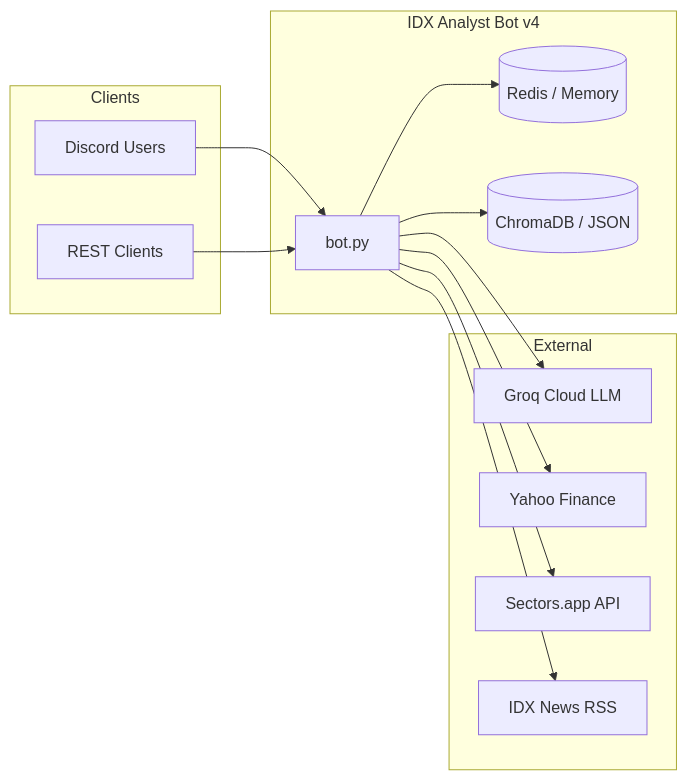
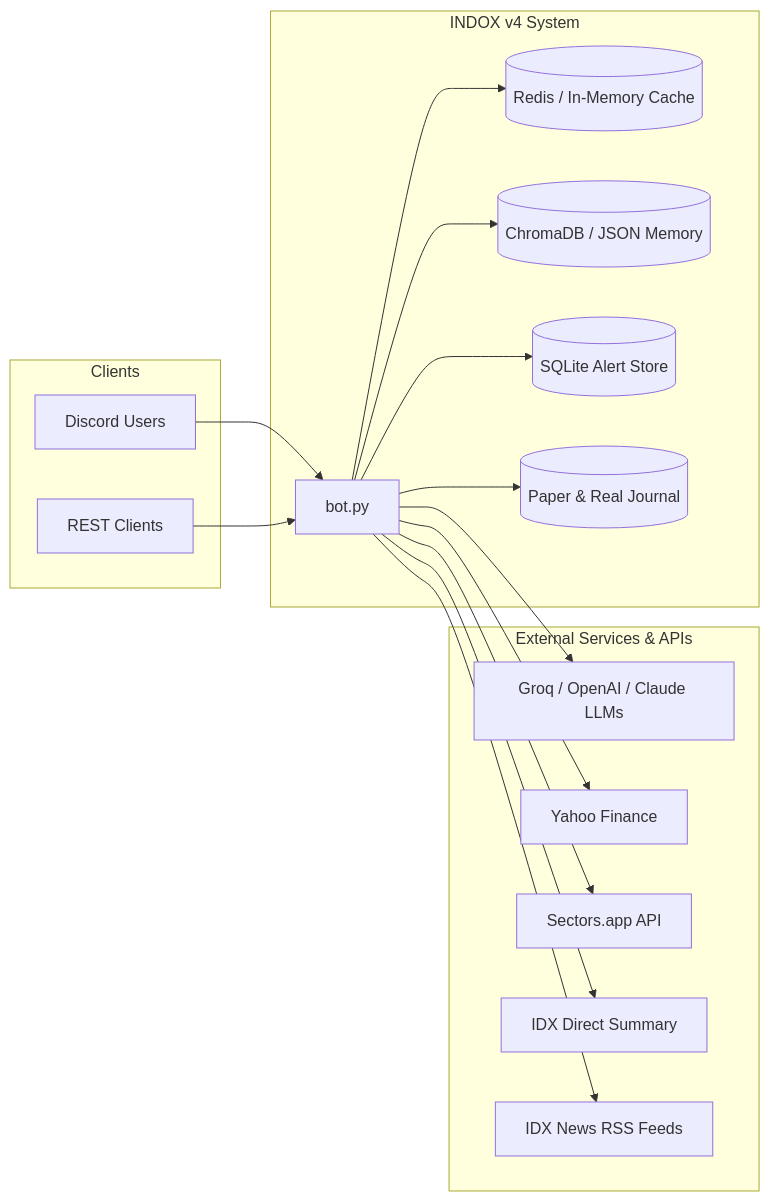
Before and after one commit to ahmadkhairan/INDOX: the diagram in README.md, drawn with Mermaid. The commit also changed other lines of this file and 15 other files, not shown here.

````diff
--- a/README.md
+++ b/README.md
@@ -66,29 +71,35 @@
 ```mermaid
 flowchart LR
     subgraph Clients
         Discord[Discord Users]
         APIClient[REST Clients]
     end
 
-    subgraph INDOX["IDX Analyst Bot v4"]
+    subgraph INDOX["INDOX v4 System"]
         Bot[bot.py]
-        Cache[(Redis / Memory)]
-        VecMem[(ChromaDB / JSON)]
+        Cache[(Redis / In-Memory Cache)]
+        VecMem[(ChromaDB / JSON Memory)]
+        AlertDB[(SQLite Alert Store)]
+        Journal[(Paper & Real Journal)]
     end
 
-    subgraph External
-        Groq[Groq Cloud LLM]
+    subgraph External["External Services & APIs"]
+        Groq[Groq / OpenAI / Claude LLMs]
         YF[Yahoo Finance]
         Sectors[Sectors.app API]
-        RSS[IDX News RSS]
+        IDXAPI[IDX Direct Summary]
+        RSS[IDX News RSS Feeds]
     end
 
     Discord --> Bot
     APIClient --> Bot
     Bot --> Groq
     Bot --> YF
     Bot --> Sectors
+    Bot --> IDXAPI
     Bot --> RSS
     Bot --> Cache
     Bot --> VecMem
+    Bot --> AlertDB
+    Bot --> Journal
 ```
````
